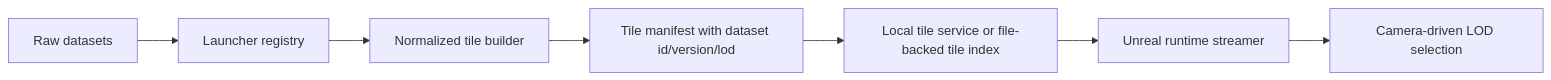
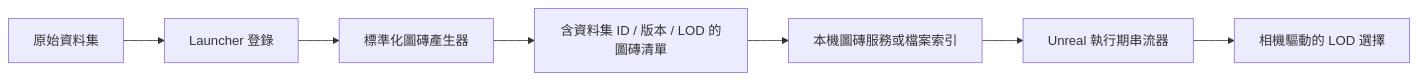
One commit to YanAnnLu/APIkeys_collection changed the second of 2 diagrams in docs/appendices/unreal_bridge.zh-TW.md. Above: the diagram before and after it, drawn with Mermaid. The commit also changed other lines of this file and 17 other files, not shown here.

````diff
--- a/docs/appendices/unreal_bridge.zh-TW.md
+++ b/docs/appendices/unreal_bridge.zh-TW.md
@@ -62,9 +62,9 @@
 ```mermaid
 flowchart LR
-    A[Raw datasets] --> B[Launcher registry]
-    B --> C[Normalized tile builder]
-    C --> D[Tile manifest with dataset id/version/lod]
-    D --> E[Local tile service or file-backed tile index]
-    E --> F[Unreal runtime streamer]
-    F --> G[Camera-driven LOD selection]
+    A[原始資料集] --> B[Launcher 登錄]
+    B --> C[標準化圖磚產生器]
+    C --> D[含資料集 ID / 版本 / LOD 的圖磚清單]
+    D --> E[本機圖磚服務或檔案索引]
+    E --> F[Unreal 執行期串流器]
+    F --> G[相機驅動的 LOD 選擇]
 ```
````
